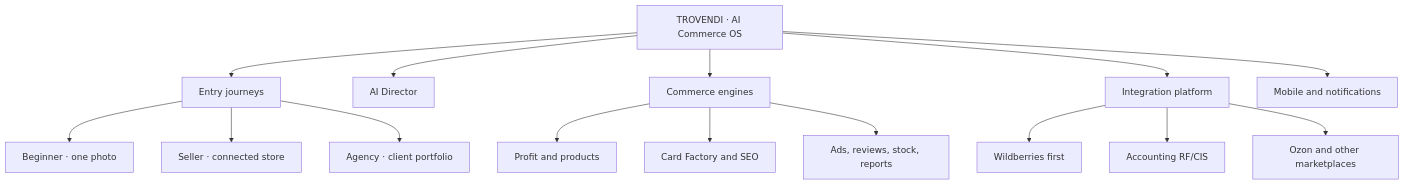
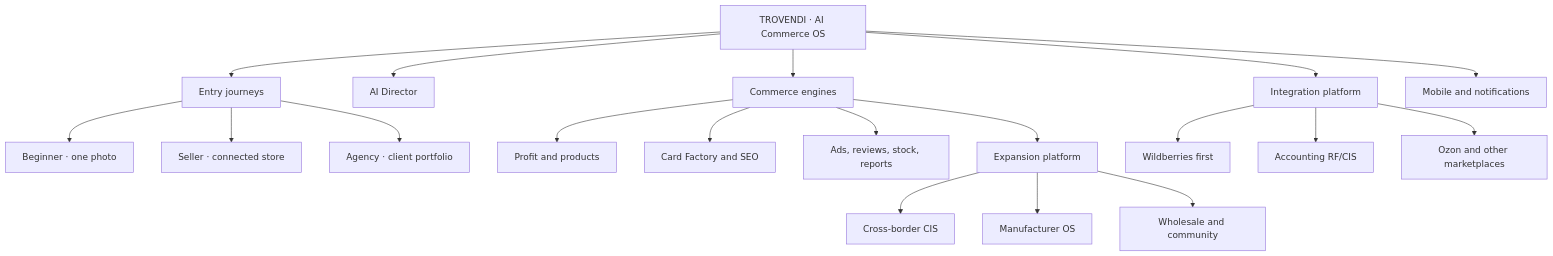
The first of 2 diagrams in web/PRODUCT_TREE.md (soldabania-art/Marketplace-AI-Studio-PRO), drawn with Mermaid before and after one commit. The commit also changed other lines of this file and 3 other files, not shown here.

Commit message:
Map CIS cross-border and manufacturer expansion

````diff
--- a/web/PRODUCT_TREE.md
+++ b/web/PRODUCT_TREE.md
@@ -5,17 +5,21 @@
 ```mermaid
 flowchart TD
     T["TROVENDI · AI Commerce OS"] --> E["Entry journeys"]
     T --> D["AI Director"]
     T --> C["Commerce engines"]
     T --> I["Integration platform"]
     T --> M["Mobile and notifications"]
     E --> B["Beginner · one photo"]
     E --> S["Seller · connected store"]
     E --> A["Agency · client portfolio"]
     C --> P["Profit and products"]
     C --> F["Card Factory and SEO"]
     C --> O["Ads, reviews, stock, reports"]
+    C --> X["Expansion platform"]
     I --> WB["Wildberries first"]
     I --> AC["Accounting RF/CIS"]
     I --> OZ["Ozon and other marketplaces"]
+    X --> CB["Cross-border CIS"]
+    X --> MF["Manufacturer OS"]
+    X --> NW["Wholesale and community"]
 ```
````
